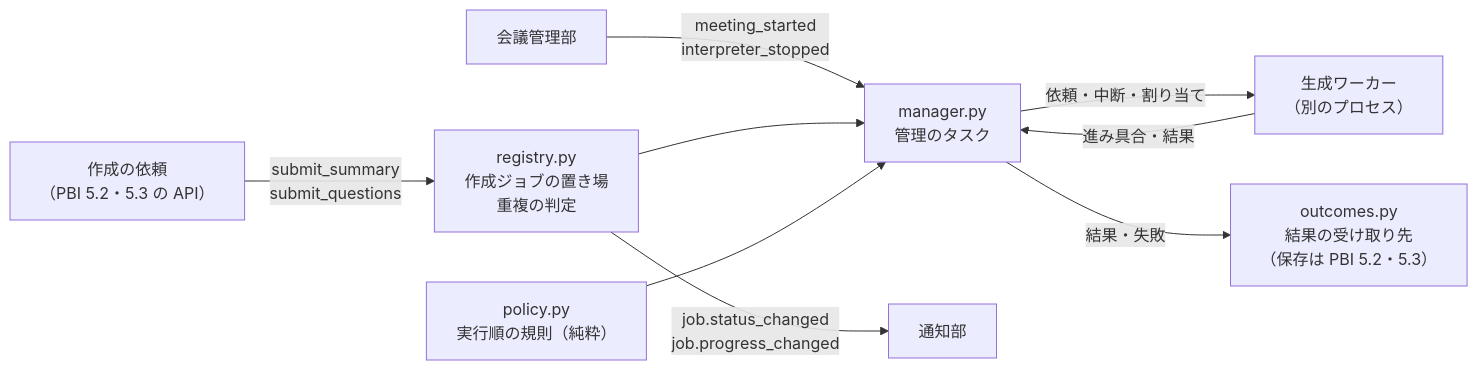
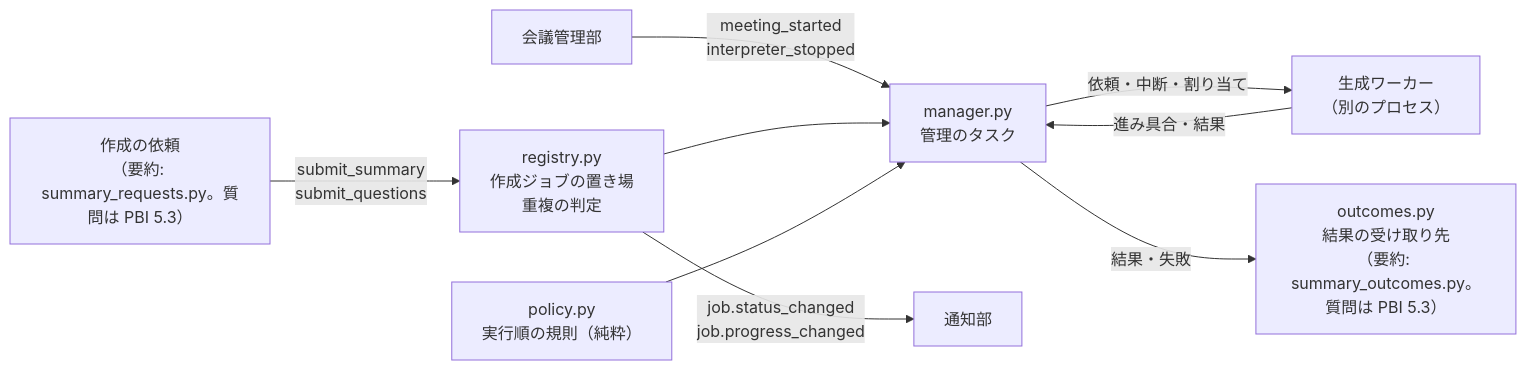
One commit to toshiakimamada-blip/mmd changed the first of 2 diagrams in output_system/docs/jobs.md. Above: the diagram before and after it, drawn with Mermaid. The commit also changed other lines of this file and 13 other files, not shown here.

````diff
--- a/output_system/docs/jobs.md
+++ b/output_system/docs/jobs.md
@@ -22,11 +22,11 @@
 ```mermaid
 flowchart LR
-    API["作成の依頼<br>（PBI 5.2・5.3 の API）"] -->|submit_summary<br>submit_questions| REG["registry.py<br>作成ジョブの置き場<br>重複の判定"]
+    API["作成の依頼<br>（要約: summary_requests.py。質問は PBI 5.3）"] -->|submit_summary<br>submit_questions| REG["registry.py<br>作成ジョブの置き場<br>重複の判定"]
     MEET["会議管理部"] -->|meeting_started<br>interpreter_stopped| MGR["manager.py<br>管理のタスク"]
     REG --> MGR
     POL["policy.py<br>実行順の規則（純粋）"] --> MGR
     MGR -->|依頼・中断・割り当て| WORKER["生成ワーカー<br>（別のプロセス）"]
     WORKER -->|進み具合・結果| MGR
-    MGR -->|結果・失敗| OUT["outcomes.py<br>結果の受け取り先<br>（保存は PBI 5.2・5.3）"]
+    MGR -->|結果・失敗| OUT["outcomes.py<br>結果の受け取り先<br>（要約: summary_outcomes.py。質問は PBI 5.3）"]
     REG -->|job.status_changed<br>job.progress_changed| HUB["通知部"]
 ```
````
